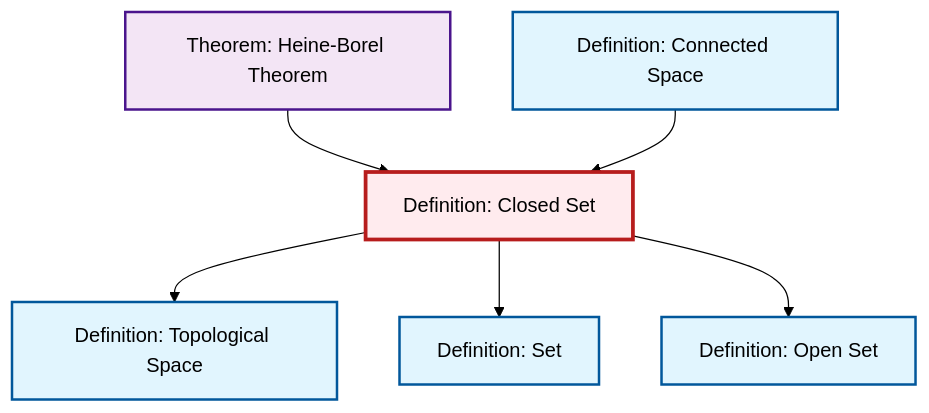
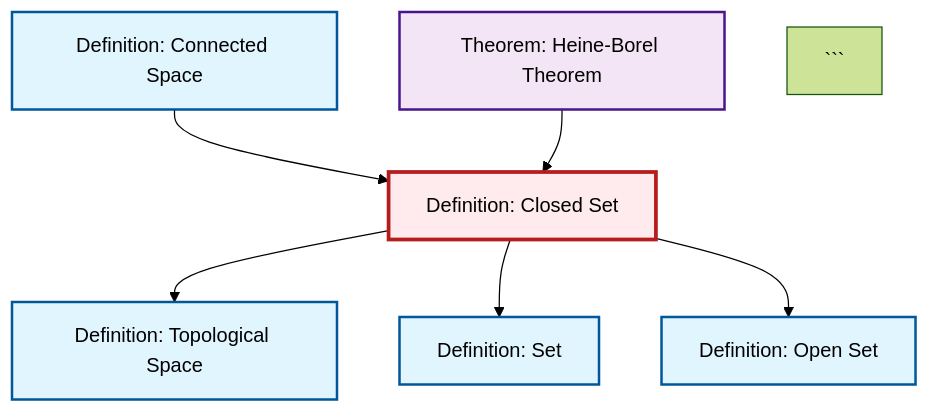
One commit to RK0429/ModernMath changed the diagram in output/mermaid/def-closed-set.mermaid. Above: the diagram before and after it, drawn with Mermaid (forest theme). The commit also changed 313 other files, not shown here.

````diff
--- a/output/mermaid/def-closed-set.mermaid
+++ b/output/mermaid/def-closed-set.mermaid
@@ -1,21 +1,20 @@
-```{mermaid}
 %%| fig-cap: "Local dependency graph"
 graph TD
     classDef definition fill:#e1f5fe,stroke:#01579b,stroke-width:2px
     classDef theorem fill:#f3e5f5,stroke:#4a148c,stroke-width:2px
     classDef axiom fill:#fff3e0,stroke:#e65100,stroke-width:2px
     classDef example fill:#e8f5e9,stroke:#1b5e20,stroke-width:2px
     classDef current fill:#ffebee,stroke:#b71c1c,stroke-width:3px
-    def-topological-space["Definition: Topological Space"]:::definition
-    def-connected["Definition: Connected Space"]:::definition
     def-open-set["Definition: Open Set"]:::definition
     thm-heine-borel["Theorem: Heine-Borel Theorem"]:::theorem
+    def-connected["Definition: Connected Space"]:::definition
+    def-topological-space["Definition: Topological Space"]:::definition
+    def-closed-set["Definition: Closed Set"]:::definition
     def-set["Definition: Set"]:::definition
-    def-closed-set["Definition: Closed Set"]:::definition
-    thm-heine-borel --> def-closed-set
     def-closed-set --> def-topological-space
     def-closed-set --> def-set
     def-connected --> def-closed-set
+    thm-heine-borel --> def-closed-set
     def-closed-set --> def-open-set
     class def-closed-set current
 ```
````
